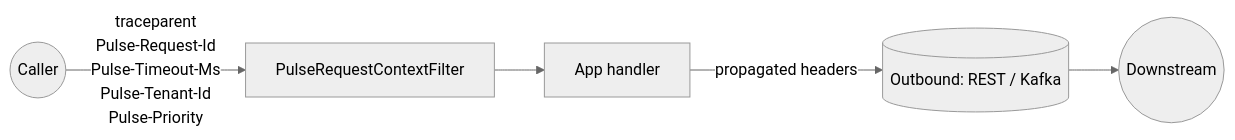
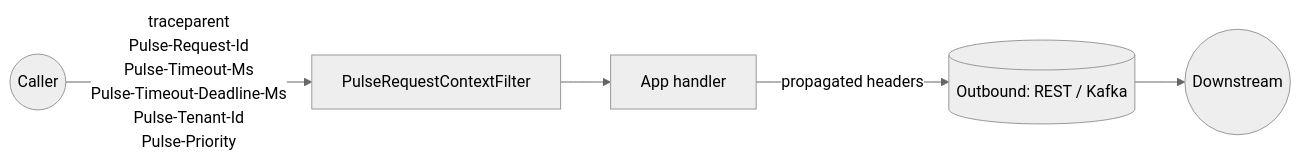
Before and after one commit to arun0009/pulse: the diagram in docs/concepts.md, drawn with Mermaid (neutral theme). The commit also changed other lines of this file and 35 other files, not shown here.

````diff
--- a/docs/concepts.md
+++ b/docs/concepts.md
@@ -25,11 +25,12 @@
 ```mermaid
 flowchart LR
     Client((Caller)) -->|"traceparent
 Pulse-Request-Id
 Pulse-Timeout-Ms
+Pulse-Timeout-Deadline-Ms
 Pulse-Tenant-Id
 Pulse-Priority"| F[PulseRequestContextFilter]
     F --> A[App handler]
     A -->|"propagated headers"| Out[(Outbound: REST / Kafka)]
     Out --> Down((Downstream))
 ```
````
